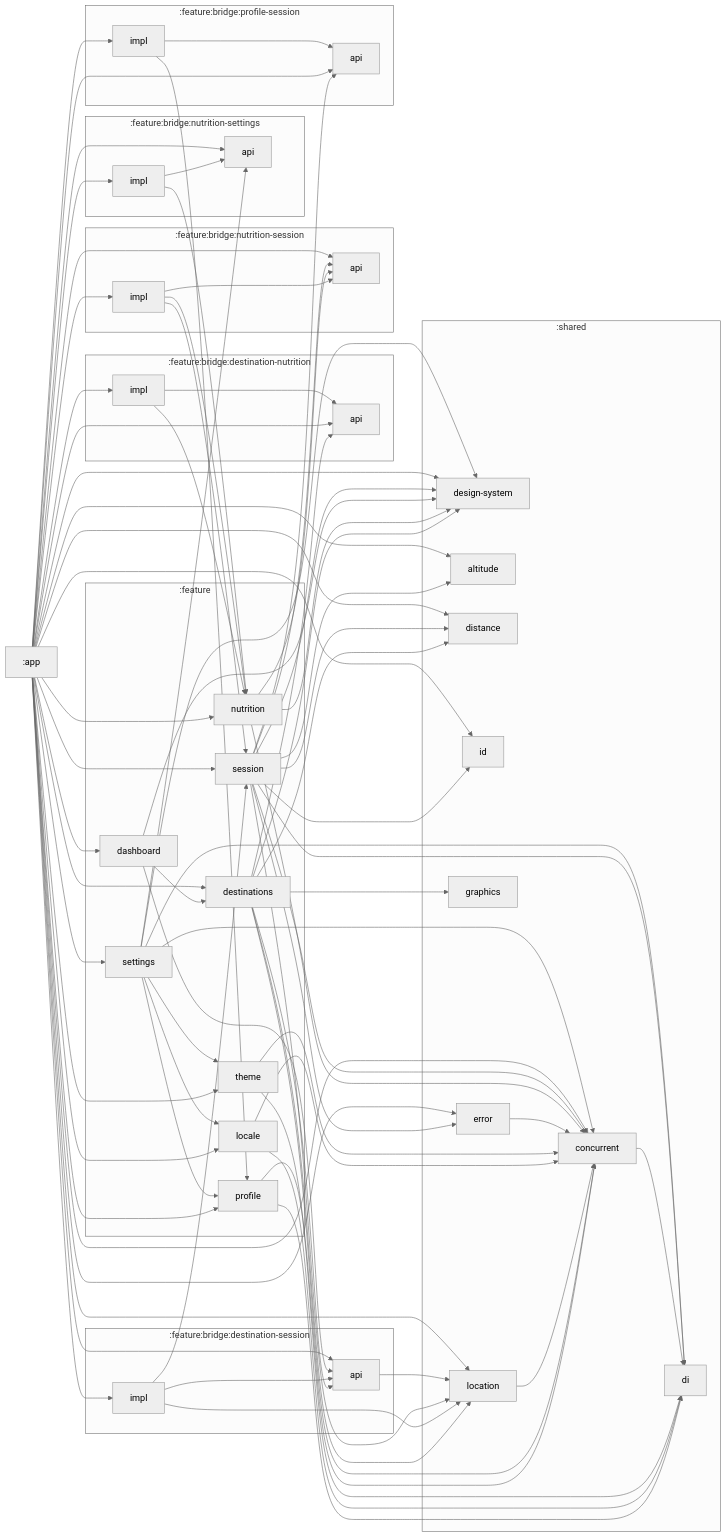
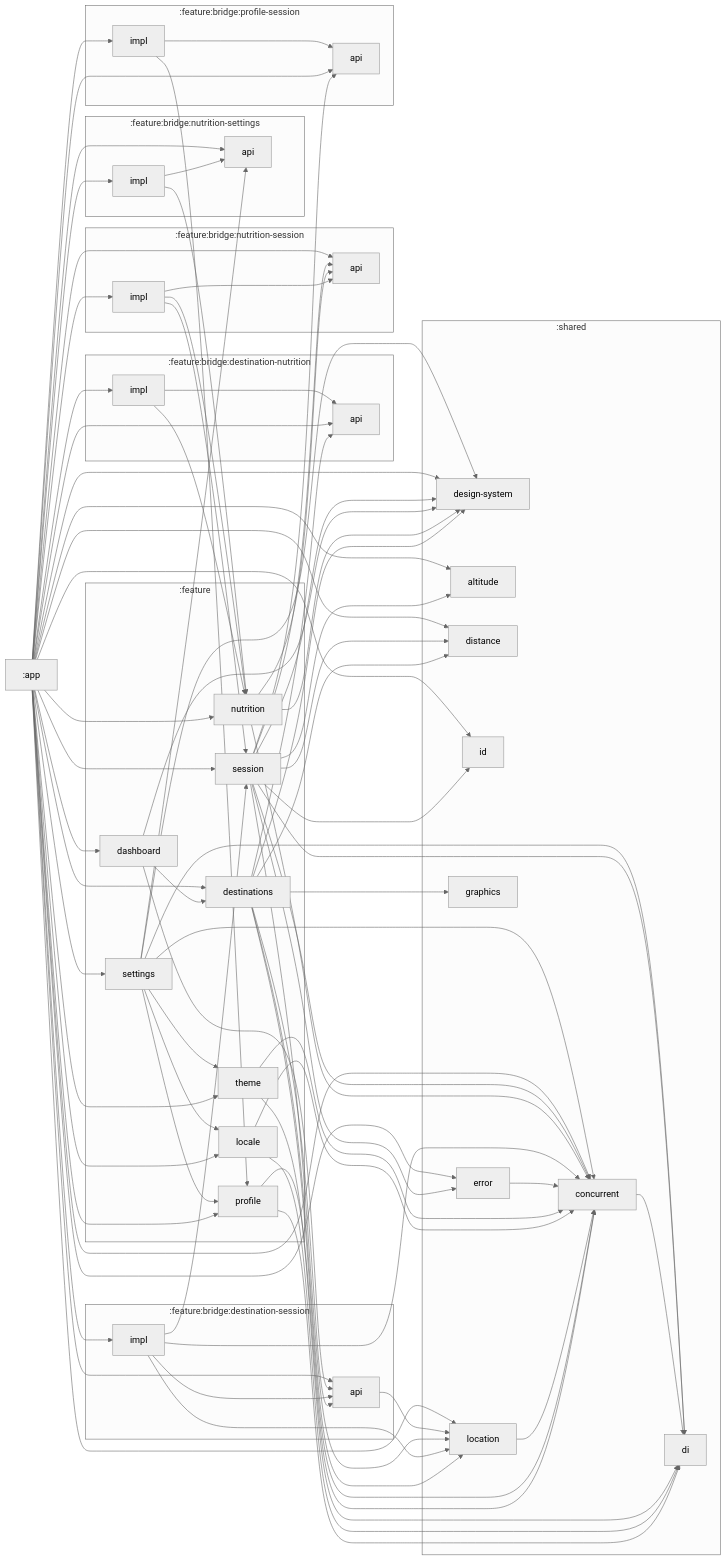
Before and after one commit to koflox/cycling-assistant: the diagram in docs/MODULE_GRAPH.md, drawn with Mermaid.

Commit message:
docs: update module dependency graph

```diff
--- a/docs/MODULE_GRAPH.md
+++ b/docs/MODULE_GRAPH.md
@@ -104,6 +104,7 @@
   :feature:nutrition --> :shared:design-system
   :feature:bridge:destination-session:impl --> :feature:bridge:destination-session:api
   :feature:bridge:destination-session:impl --> :feature:session
+  :feature:bridge:destination-session:impl --> :shared:concurrent
   :feature:bridge:destination-session:impl --> :shared:location
   :shared:concurrent --> :shared:di
   :feature:bridge:nutrition-session:impl --> :feature:nutrition
```
